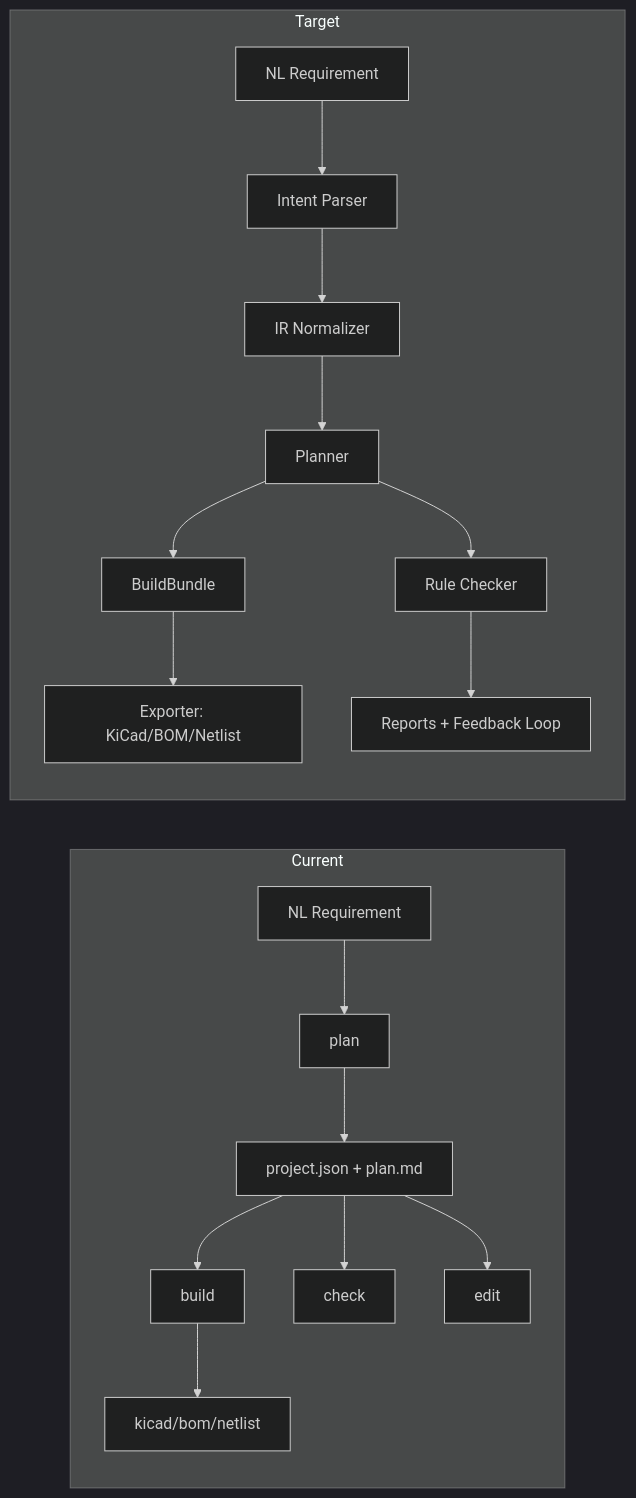
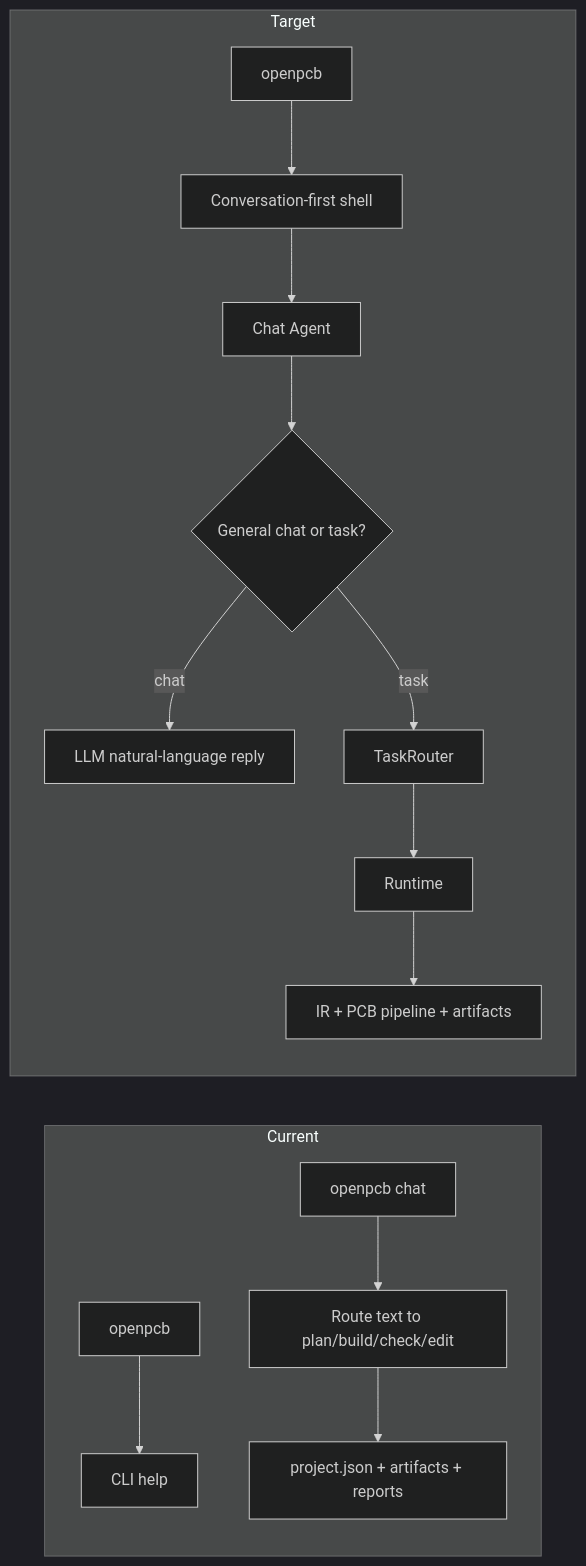
Before and after one commit to yuanmk26/OpenPCB: the first of 2 diagrams in docs/architecture/system-architecture.md, drawn with Mermaid (dark theme). The commit also changed other lines of this file and 3 other files, not shown here.

Commit message:
docs: refine conversation-first shell architecture

````diff
--- a/docs/architecture/system-architecture.md
+++ b/docs/architecture/system-architecture.md
@@ -32,21 +39,18 @@
 ```mermaid
 flowchart LR
     subgraph Current
-        A1[NL Requirement] --> A2[plan]
-        A2 --> A3[project.json + plan.md]
-        A3 --> A4[build]
-        A4 --> A5[kicad/bom/netlist]
-        A3 --> A6[check]
-        A3 --> A7[edit]
+        A0[openpcb] --> A1[CLI help]
+        A2[openpcb chat] --> A3[Route text to plan/build/check/edit]
+        A3 --> A4[project.json + artifacts + reports]
     end
 
     subgraph Target
-        B1[NL Requirement] --> B2[Intent Parser]
-        B2 --> B3[IR Normalizer]
-        B3 --> B4[Planner]
-        B4 --> B5[BuildBundle]
-        B5 --> B6[Exporter: KiCad/BOM/Netlist]
-        B4 --> B7[Rule Checker]
-        B7 --> B8[Reports + Feedback Loop]
+        B0[openpcb] --> B1[Conversation-first shell]
+        B1 --> B2[Chat Agent]
+        B2 --> B3{General chat or task?}
+        B3 -->|chat| B4[LLM natural-language reply]
+        B3 -->|task| B5[TaskRouter]
+        B5 --> B6[Runtime]
+        B6 --> B7[IR + PCB pipeline + artifacts]
     end
 ```
````
